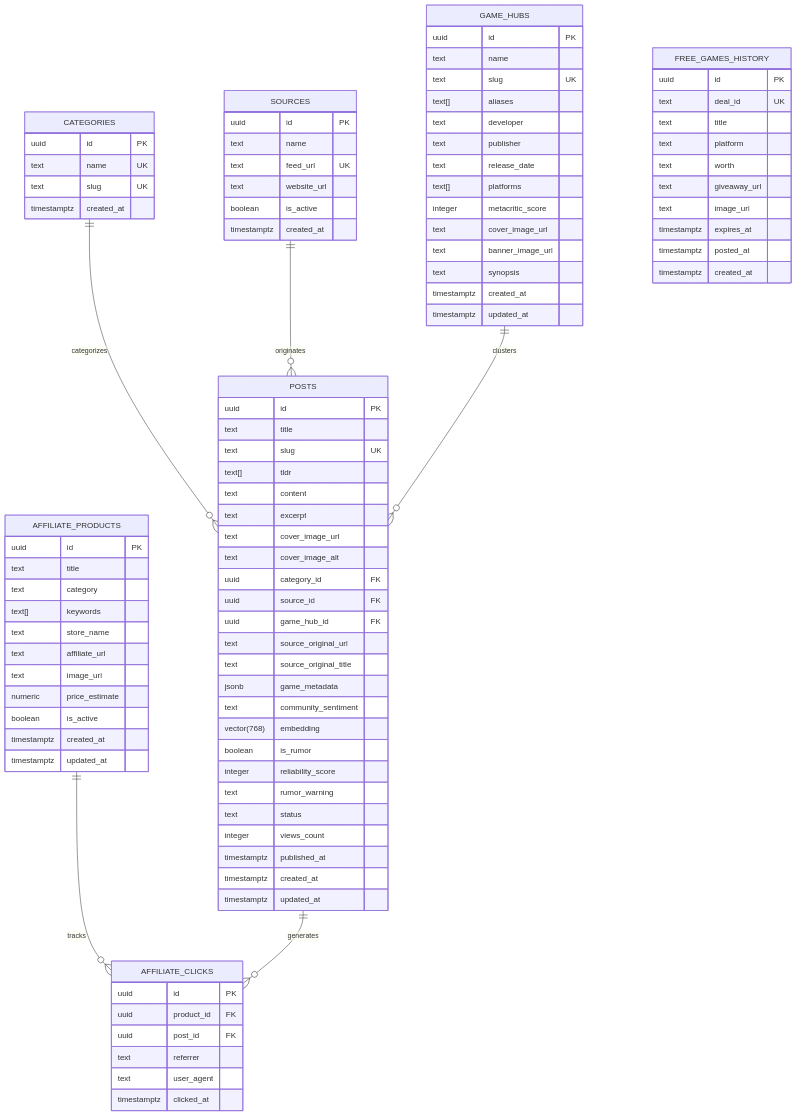
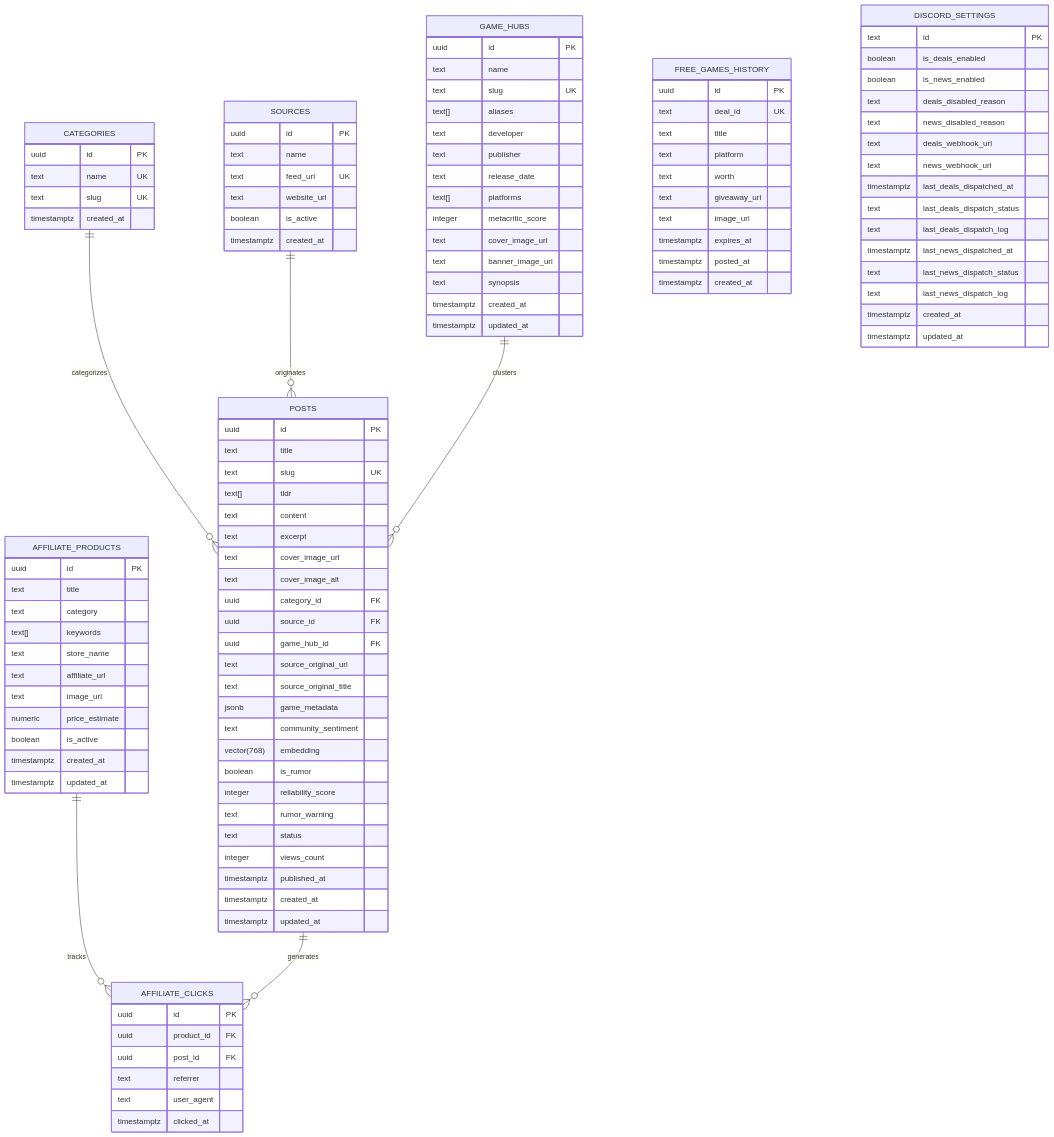
The diagram in docs/database.md (JuanBMMontesinos/AIGamePortal), drawn with Mermaid before and after one commit. The commit also changed other lines of this file and 15 other files, not shown here.

Commit message:
feat: implement Discord bot integration, admin panel, news synchronization, and system documentation

````diff
--- a/docs/database.md
+++ b/docs/database.md
@@ -109,4 +109,22 @@
         timestamptz posted_at
         timestamptz created_at
     }
+
+    DISCORD_SETTINGS {
+        text id PK
+        boolean is_deals_enabled
+        boolean is_news_enabled
+        text deals_disabled_reason
+        text news_disabled_reason
+        text deals_webhook_url
+        text news_webhook_url
+        timestamptz last_deals_dispatched_at
+        text last_deals_dispatch_status
+        text last_deals_dispatch_log
+        timestamptz last_news_dispatched_at
+        text last_news_dispatch_status
+        text last_news_dispatch_log
+        timestamptz created_at
+        timestamptz updated_at
+    }
 ```
````
